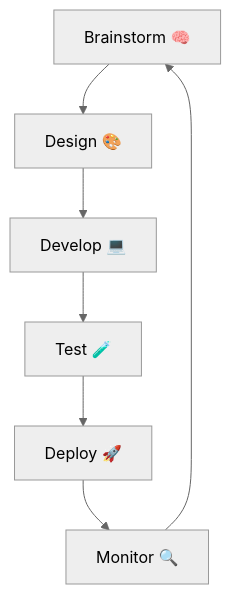
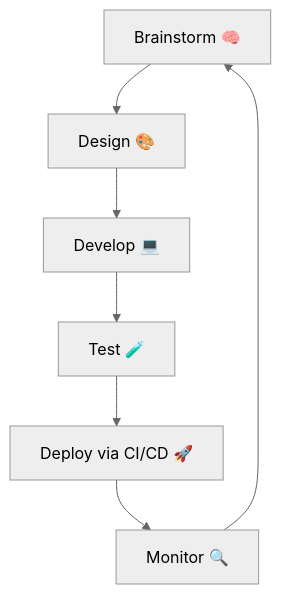
The diagram in README.md (Laden8210/Laden8210), drawn with Mermaid (neutral theme) before and after one commit. The commit also changed other lines of this file and 2 other files, not shown here.

````diff
--- a/README.md
+++ b/README.md
@@ -123,9 +187,9 @@
 ```mermaid
 graph TD;
     A[Brainstorm 🧠] --> B[Design 🎨]
     B --> C[Develop 💻]
     C --> D[Test 🧪]
-    D --> E[Deploy 🚀]
+    D --> E[Deploy via CI/CD 🚀]
     E --> F[Monitor 🔍]
     F --> A
 ```
````
